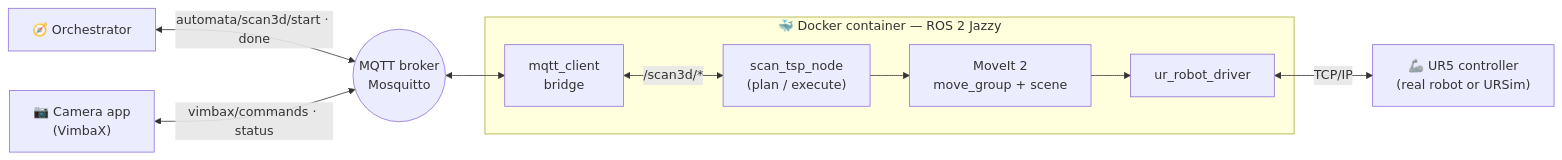
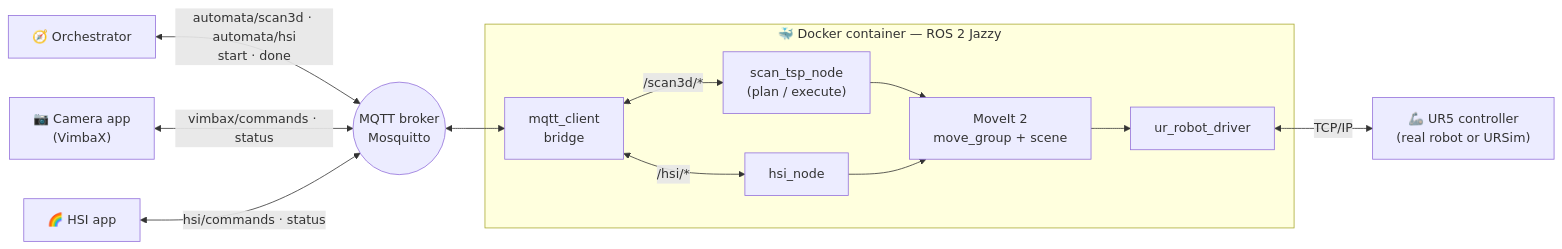
Before and after one commit to tonappa/automata_ur: the first of 2 diagrams in README.md, drawn with Mermaid. The commit also changed other lines of this file and 17 other files, not shown here.

First line of the commit message:
ur_automata_hsi: hyperspectral measurement after the 3D scan

````diff
--- a/README.md
+++ b/README.md
@@ -45,23 +49,28 @@
 ```mermaid
 flowchart LR
     ORC["🧭 Orchestrator"]
     CAM["📷 Camera app<br/>(VimbaX)"]
+    HSIAPP["🌈 HSI app"]
     BRK(("MQTT broker<br/>Mosquitto"))
 
     subgraph DOCKER["🐳 Docker container — ROS 2 Jazzy"]
         BRIDGE["mqtt_client<br/>bridge"]
         SCAN["scan_tsp_node<br/>(plan / execute)"]
+        HSI["hsi_node"]
         MOVEIT["MoveIt 2<br/>move_group + scene"]
         DRIVER["ur_robot_driver"]
     end
 
     ROBOT["🦾 UR5 controller<br/>(real robot or URSim)"]
 
-    ORC <-->|"automata/scan3d/start · done"| BRK
+    ORC <-->|"automata/scan3d · automata/hsi<br/>start · done"| BRK
     CAM <-->|"vimbax/commands · status"| BRK
+    HSIAPP <-->|"hsi/commands · status"| BRK
     BRK <--> BRIDGE
     BRIDGE <-->|"/scan3d/*"| SCAN
+    BRIDGE <-->|"/hsi/*"| HSI
     SCAN --> MOVEIT
+    HSI --> MOVEIT
     MOVEIT --> DRIVER
     DRIVER <-->|"TCP/IP"| ROBOT
 ```
````
